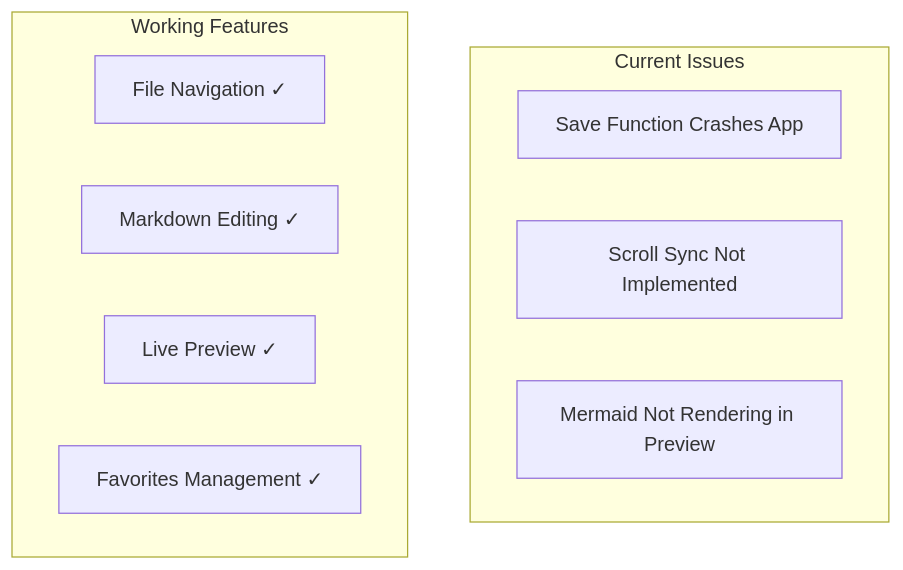
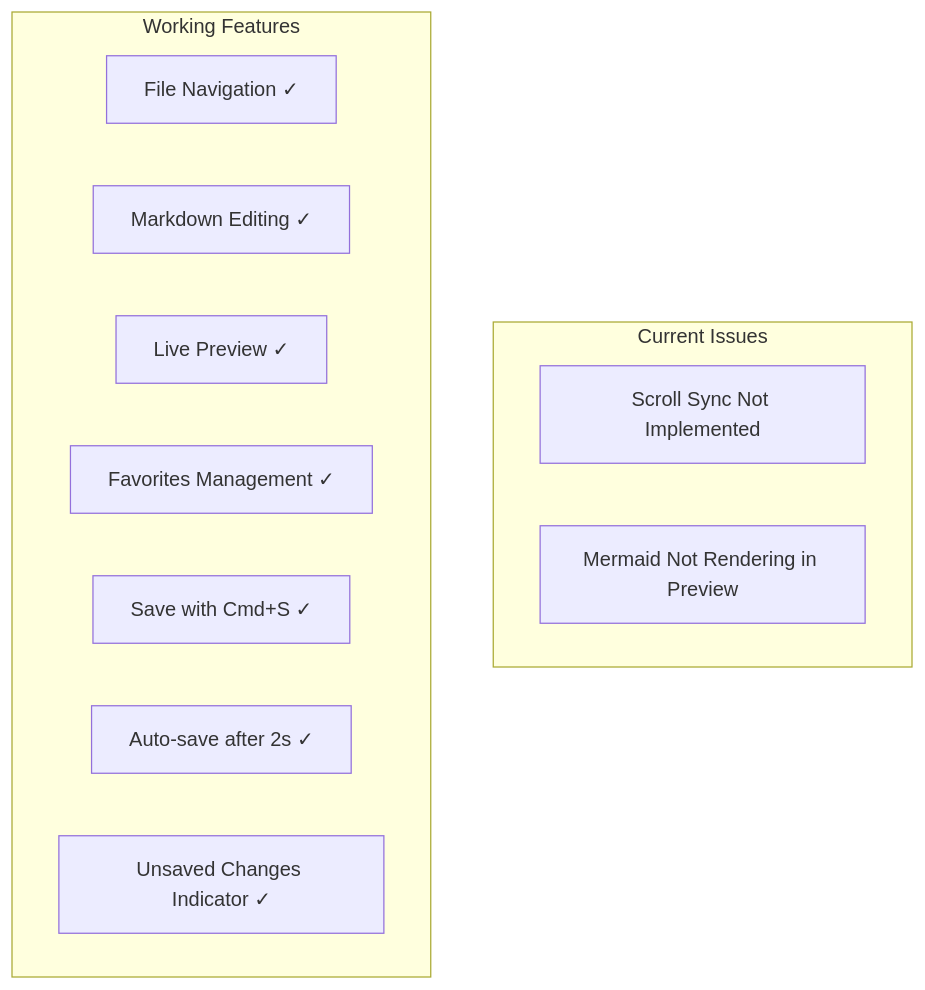
One commit to Consortium-team/mac-markdown-browser changed the seventh of 8 diagrams in docs/development/current-architecture.md. Above: the diagram before and after it, drawn with Mermaid. The commit also changed other lines of this file and 2 other files, not shown here.

````diff
--- a/docs/development/current-architecture.md
+++ b/docs/development/current-architecture.md
@@ -190,15 +225,17 @@
 ```mermaid
 graph TD
     subgraph "Current Issues"
-        SaveCrash[Save Function Crashes App]
         ScrollSync[Scroll Sync Not Implemented]
         MermaidPreview[Mermaid Not Rendering in Preview]
     end
     
     subgraph "Working Features"
         FileNavigation[File Navigation ✓]
         MarkdownEdit[Markdown Editing ✓]
         LivePreview[Live Preview ✓]
         Favorites[Favorites Management ✓]
+        SaveFunction[Save with Cmd+S ✓]
+        AutoSave[Auto-save after 2s ✓]
+        UnsavedIndicator[Unsaved Changes Indicator ✓]
     end
 ```
````
